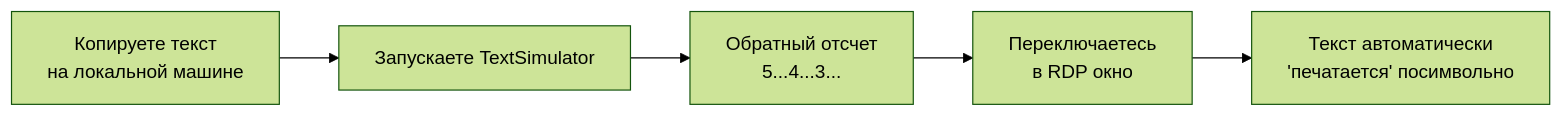
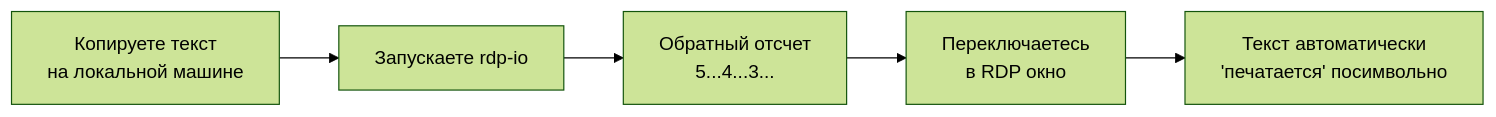
The diagram in README.md (Nikolay-Shirokov/rdp-io), drawn with Mermaid (forest theme) before and after one commit. The commit also changed other lines of this file and 152 other files, not shown here.

Commit message:
refactor: rename TextSimulator to RdpIo

````diff
--- a/README.md
+++ b/README.md
@@ -17,7 +17,7 @@
 ```mermaid
 graph LR
-    A[Копируете текст<br/>на локальной машине] --> B[Запускаете TextSimulator]
+    A[Копируете текст<br/>на локальной машине] --> B[Запускаете rdp-io]
     B --> C[Обратный отсчет<br/>5...4...3...]
     C --> D[Переключаетесь<br/>в RDP окно]
     D --> E[Текст автоматически<br/>'печатается' посимвольно]
 ```
````
